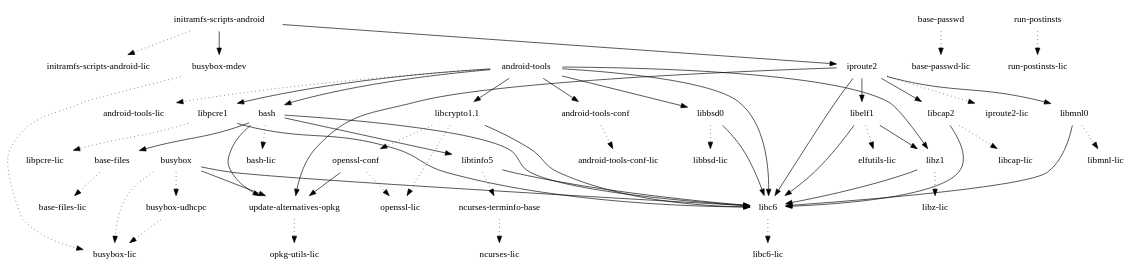
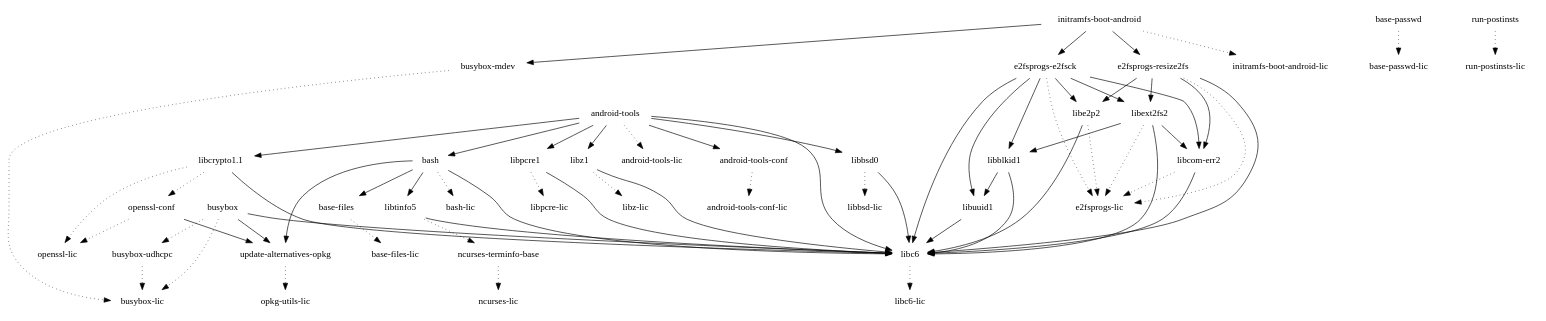
The diagram in images/hammerhead/glibc/initramfs-android-image/depends.dot (webOS-ports/buildhistory), drawn with Graphviz before and after one commit. The commit also changed 5127 other files, not shown here.

```diff
--- a/images/hammerhead/glibc/initramfs-android-image/depends.dot
+++ b/images/hammerhead/glibc/initramfs-android-image/depends.dot
@@ -1,58 +1,69 @@
 digraph depends {
     node [shape=plaintext]
 "android-tools" -> "android-tools-conf"
 "android-tools" -> "android-tools-lic" [style=dotted]
 "android-tools" -> "bash"
 "android-tools-conf" -> "android-tools-conf-lic" [style=dotted]
 "android-tools" -> "libbsd0"
 "android-tools" -> "libc6"
 "android-tools" -> "libcrypto1.1"
 "android-tools" -> "libpcre1"
 "android-tools" -> "libz1"
 "base-files" -> "base-files-lic" [style=dotted]
 "base-passwd" -> "base-passwd-lic" [style=dotted]
 "bash" -> "base-files"
 "bash" -> "bash-lic" [style=dotted]
 "bash" -> "libc6"
 "bash" -> "libtinfo5"
 "bash" -> "update-alternatives-opkg"
 "busybox" -> "busybox-lic" [style=dotted]
 "busybox" -> "busybox-udhcpc" [style=dotted]
 "busybox" -> "libc6"
 "busybox-mdev" -> "busybox-lic" [style=dotted]
 "busybox-udhcpc" -> "busybox-lic" [style=dotted]
 "busybox" -> "update-alternatives-opkg"
-"initramfs-scripts-android" -> "busybox-mdev"
-"initramfs-scripts-android" -> "initramfs-scripts-android-lic" [style=dotted]
-"initramfs-scripts-android" -> "iproute2"
-"iproute2" -> "iproute2-lic" [style=dotted]
-"iproute2" -> "libc6"
-"iproute2" -> "libcap2"
-"iproute2" -> "libelf1"
-"iproute2" -> "libmnl0"
-"iproute2" -> "update-alternatives-opkg"
+"e2fsprogs-e2fsck" -> "e2fsprogs-lic" [style=dotted]
+"e2fsprogs-e2fsck" -> "libblkid1"
+"e2fsprogs-e2fsck" -> "libc6"
+"e2fsprogs-e2fsck" -> "libcom-err2"
+"e2fsprogs-e2fsck" -> "libe2p2"
+"e2fsprogs-e2fsck" -> "libext2fs2"
+"e2fsprogs-e2fsck" -> "libuuid1"
+"e2fsprogs-resize2fs" -> "e2fsprogs-lic" [style=dotted]
+"e2fsprogs-resize2fs" -> "libc6"
+"e2fsprogs-resize2fs" -> "libcom-err2"
+"e2fsprogs-resize2fs" -> "libe2p2"
+"e2fsprogs-resize2fs" -> "libext2fs2"
+"initramfs-boot-android" -> "busybox-mdev"
+"initramfs-boot-android" -> "e2fsprogs-e2fsck"
+"initramfs-boot-android" -> "e2fsprogs-resize2fs"
+"initramfs-boot-android" -> "initramfs-boot-android-lic" [style=dotted]
+"libblkid1" -> "libc6"
+"libblkid1" -> "libuuid1"
 "libbsd0" -> "libbsd-lic" [style=dotted]
 "libbsd0" -> "libc6"
 "libc6" -> "libc6-lic" [style=dotted]
-"libcap2" -> "libc6"
-"libcap2" -> "libcap-lic" [style=dotted]
+"libcom-err2" -> "e2fsprogs-lic" [style=dotted]
+"libcom-err2" -> "libc6"
 "libcrypto1.1" -> "libc6"
 "libcrypto1.1" -> "openssl-conf" [style=dotted]
 "libcrypto1.1" -> "openssl-lic" [style=dotted]
-"libelf1" -> "elfutils-lic" [style=dotted]
-"libelf1" -> "libc6"
-"libelf1" -> "libz1"
-"libmnl0" -> "libc6"
-"libmnl0" -> "libmnl-lic" [style=dotted]
+"libe2p2" -> "e2fsprogs-lic" [style=dotted]
+"libe2p2" -> "libc6"
+"libext2fs2" -> "e2fsprogs-lic" [style=dotted]
+"libext2fs2" -> "libblkid1"
+"libext2fs2" -> "libc6"
+"libext2fs2" -> "libcom-err2"
 "libpcre1" -> "libc6"
 "libpcre1" -> "libpcre-lic" [style=dotted]
 "libtinfo5" -> "libc6"
 "libtinfo5" -> "ncurses-terminfo-base" [style=dotted]
+"libuuid1" -> "libc6"
 "libz1" -> "libc6"
 "libz1" -> "libz-lic" [style=dotted]
 "ncurses-terminfo-base" -> "ncurses-lic" [style=dotted]
 "openssl-conf" -> "openssl-lic" [style=dotted]
 "openssl-conf" -> "update-alternatives-opkg"
 "run-postinsts" -> "run-postinsts-lic" [style=dotted]
 "update-alternatives-opkg" -> "opkg-utils-lic" [style=dotted]
 }
```
